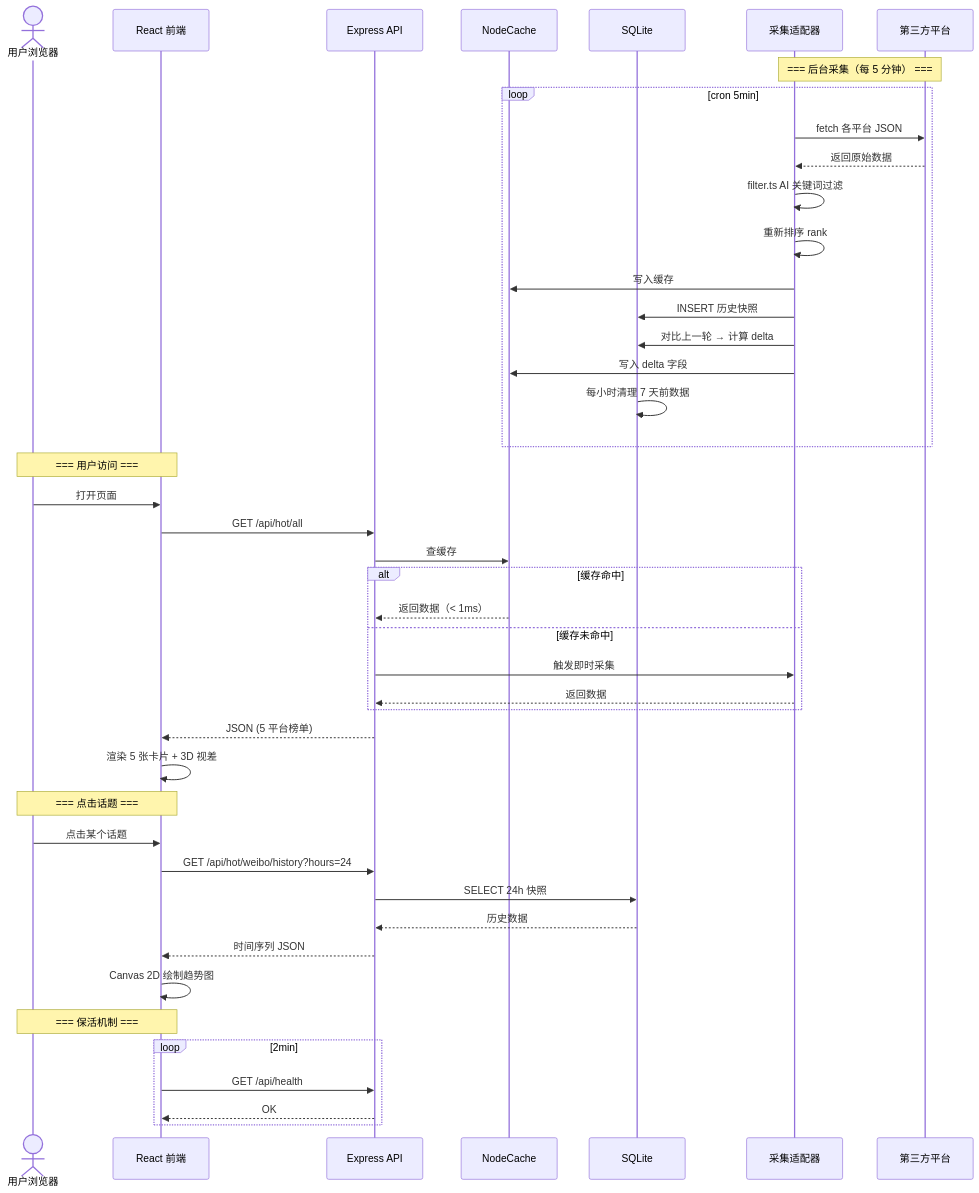
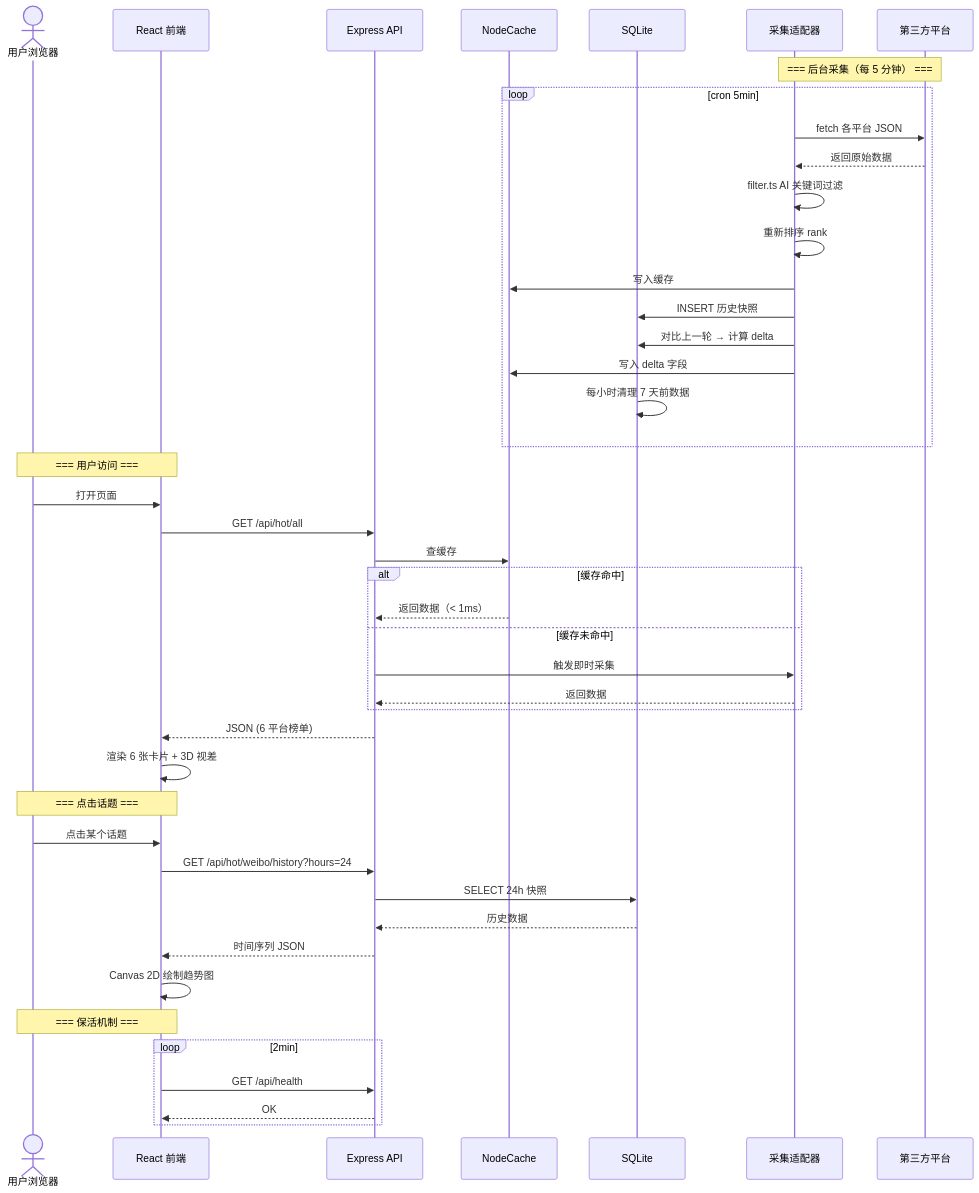
One commit to eva12335/hot-search changed the second of 3 diagrams in ARCHITECTURE.md. Above: the diagram before and after it, drawn with Mermaid. The commit also changed other lines of this file and 10 other files, not shown here.

````diff
--- a/ARCHITECTURE.md
+++ b/ARCHITECTURE.md
@@ -81,50 +83,50 @@
 ```mermaid
 sequenceDiagram
     actor U as 用户浏览器
     participant FE as React 前端
     participant API as Express API
     participant CACHE as NodeCache
     participant DB as SQLite
     participant AD as 采集适配器
     participant PF as 第三方平台
 
     Note over AD,PF: === 后台采集（每 5 分钟） ===
     loop cron 5min
         AD->>PF: fetch 各平台 JSON
         PF-->>AD: 返回原始数据
         AD->>AD: filter.ts AI 关键词过滤
         AD->>AD: 重新排序 rank
         AD->>CACHE: 写入缓存
         AD->>DB: INSERT 历史快照
         AD->>DB: 对比上一轮 → 计算 delta
         AD->>CACHE: 写入 delta 字段
         DB->>DB: 每小时清理 7 天前数据
     end
 
     Note over U,FE: === 用户访问 ===
     U->>FE: 打开页面
     FE->>API: GET /api/hot/all
     API->>CACHE: 查缓存
     alt 缓存命中
         CACHE-->>API: 返回数据（< 1ms）
     else 缓存未命中
         API->>AD: 触发即时采集
         AD-->>API: 返回数据
     end
-    API-->>FE: JSON (5 平台榜单)
-    FE->>FE: 渲染 5 张卡片 + 3D 视差
+    API-->>FE: JSON (6 平台榜单)
+    FE->>FE: 渲染 6 张卡片 + 3D 视差
 
     Note over U,FE: === 点击话题 ===
     U->>FE: 点击某个话题
     FE->>API: GET /api/hot/weibo/history?hours=24
     API->>DB: SELECT 24h 快照
     DB-->>API: 历史数据
     API-->>FE: 时间序列 JSON
     FE->>FE: Canvas 2D 绘制趋势图
 
     Note over U,FE: === 保活机制 ===
     loop 2min
         FE->>API: GET /api/health
         API-->>FE: OK
     end
 ```
````
